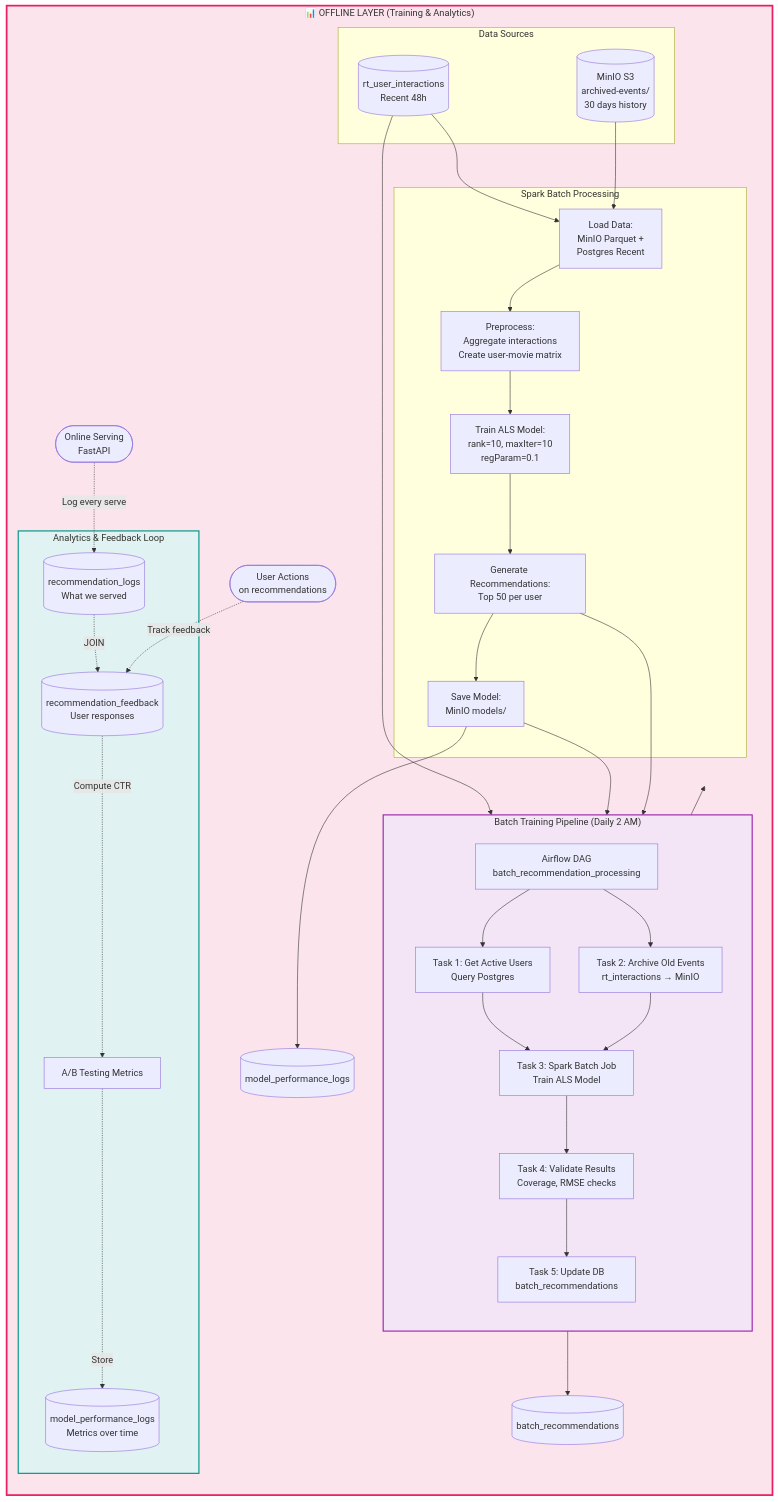
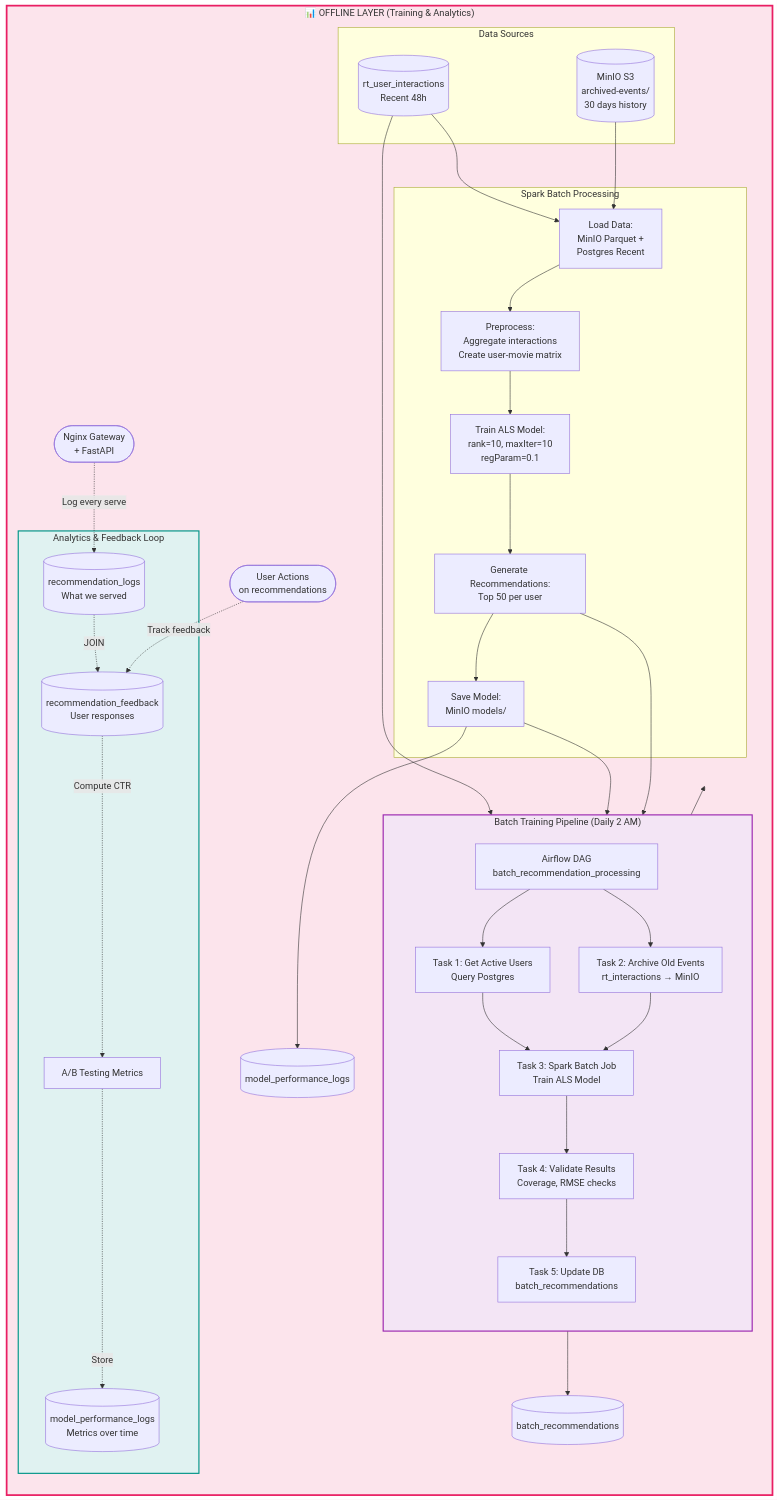
The diagram in mermaid/3_offline_layer.md (ngotrieulong/Realtime-Recommendation-system), drawn with Mermaid before and after one commit. The commit also changed 4 other files, not shown here.

Commit message:
docs: update all mermaid diagrams with new architecture

````diff
--- a/mermaid/3_offline_layer.md
+++ b/mermaid/3_offline_layer.md
@@ -1,77 +1,77 @@
 ```mermaid
 flowchart TB
     %% =============================================
     %% OFFLINE LAYER - Batch Processing
     %% =============================================
     
     subgraph OFFLINE["📊 OFFLINE LAYER (Training & Analytics)"]
         direction TB
         
         subgraph DataSources["Data Sources"]
             RTInteractions[(rt_user_interactions<br/>Recent 48h)]
             MinIO[(MinIO S3<br/>archived-events/<br/>30 days history)]
         end
         
         subgraph Training["Batch Training Pipeline (Daily 2 AM)"]
             direction TB
             
             AirflowDAG[Airflow DAG<br/>batch_recommendation_processing]
             
             Task1[Task 1: Get Active Users<br/>Query Postgres]
             Task2[Task 2: Archive Old Events<br/>rt_interactions → MinIO]
             Task3[Task 3: Spark Batch Job<br/>Train ALS Model]
             Task4[Task 4: Validate Results<br/>Coverage, RMSE checks]
             Task5[Task 5: Update DB<br/>batch_recommendations]
             
             AirflowDAG --> Task1
             AirflowDAG --> Task2
             Task1 --> Task3
             Task2 --> Task3
             Task3 --> Task4
             Task4 --> Task5
         end
         
         subgraph ModelTraining["Spark Batch Processing"]
             LoadData[Load Data:<br/>MinIO Parquet +<br/>Postgres Recent]
             PrepData[Preprocess:<br/>Aggregate interactions<br/>Create user-movie matrix]
             TrainALS[Train ALS Model:<br/>rank=10, maxIter=10<br/>regParam=0.1]
             GenerateRecs[Generate Recommendations:<br/>Top 50 per user]
             SaveModel[Save Model:<br/>MinIO models/]
             
             LoadData --> PrepData
             PrepData --> TrainALS
             TrainALS --> GenerateRecs
             GenerateRecs --> SaveModel
         end
         
         subgraph Analytics["Analytics & Feedback Loop"]
             RecLogs[(recommendation_logs<br/>What we served)]
             RecFeedback[(recommendation_feedback<br/>User responses)]
             ModelPerf[(model_performance_logs<br/>Metrics over time)]
             
             RecLogs -.->|JOIN| RecFeedback
             RecFeedback -.->|Compute CTR| Metrics[A/B Testing Metrics]
             Metrics -.->|Store| ModelPerf
         end
         
         %% Connections between sections
         RTInteractions --> Task2
         RTInteractions --> LoadData
         MinIO --> LoadData
         
         Task3 --> ModelTraining
         SaveModel --> Task5
         GenerateRecs --> Task5
         
         Task5 --> BatchRecsDB[(batch_recommendations)]
         SaveModel --> ModelPerfDB[(model_performance_logs)]
         
         %% Online serving logs analytics
-        OnlineServing([Online Serving<br/>FastAPI]) -.->|Log every serve| RecLogs
+        OnlineServing([Nginx Gateway<br/>+ FastAPI]) -.->|Log every serve| RecLogs
         UserActions([User Actions<br/>on recommendations]) -.->|Track feedback| RecFeedback
     end
     
     style OFFLINE fill:#fce4ec,stroke:#e91e63,stroke-width:3px
     style Training fill:#f3e5f5,stroke:#9c27b0,stroke-width:2px
     style Analytics fill:#e0f2f1,stroke:#009688,stroke-width:2px
 ```
````
